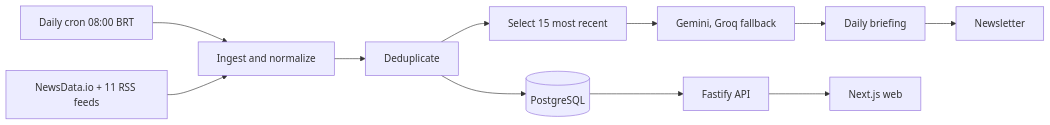
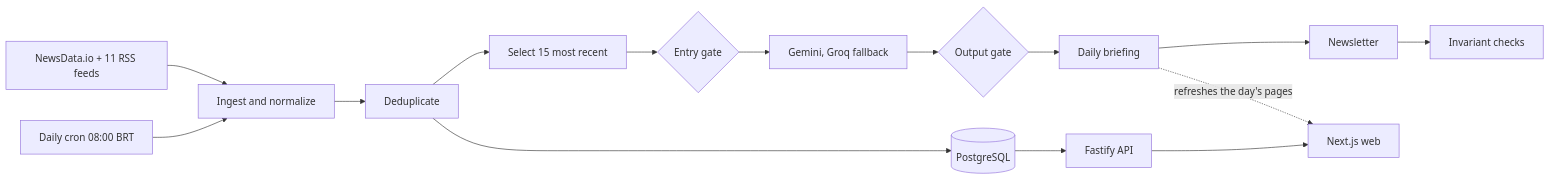
Before and after one commit to tavinholoco/newra-news: the diagram in README.md, drawn with Mermaid. The commit also changed other lines of this file and 14 other files, not shown here.

````diff
--- a/README.md
+++ b/README.md
@@ -76,13 +80,17 @@
 ```mermaid
 flowchart LR
     CRON["Daily cron 08:00 BRT"] --> ING[Ingest and normalize]
     SRC["NewsData.io + 11 RSS feeds"] --> ING
     ING --> DEDUP[Deduplicate]
     DEDUP --> DB[(PostgreSQL)]
     DEDUP --> SEL[Select 15 most recent]
-    SEL --> AI["Gemini, Groq fallback"]
-    AI --> ART[Daily briefing]
+    SEL --> GIN{Entry gate}
+    GIN --> AI["Gemini, Groq fallback"]
+    AI --> GOUT{Output gate}
+    GOUT --> ART[Daily briefing]
     ART --> MAIL[Newsletter]
+    MAIL --> INV[Invariant checks]
     DB --> API[Fastify API]
     API --> WEB[Next.js web]
+    ART -.->|refreshes the day's pages| WEB
 ```
````
